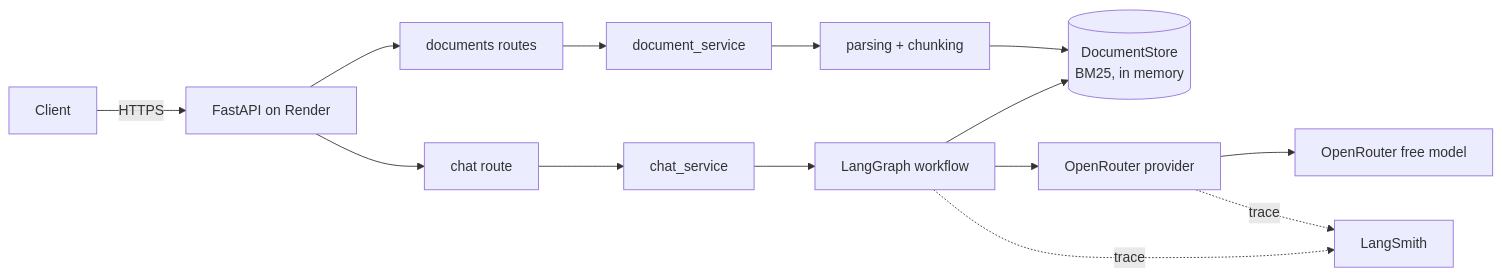
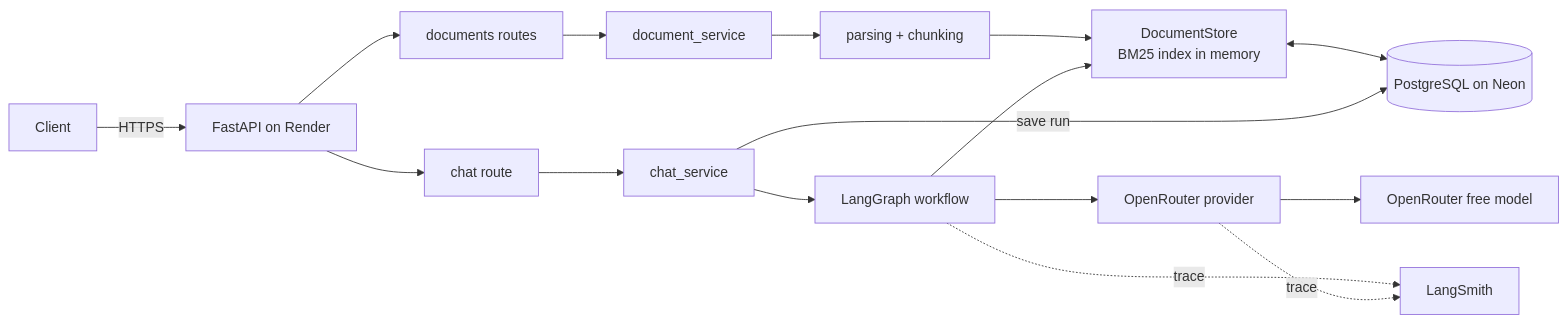
The first of 2 diagrams in docs/ARCHITECTURE.md (sanojDD/agentops), drawn with Mermaid before and after one commit. The commit also changed other lines of this file and 35 other files, not shown here.

````diff
--- a/docs/ARCHITECTURE.md
+++ b/docs/ARCHITECTURE.md
@@ -23,16 +24,18 @@
 ```mermaid
 flowchart LR
     Client -->|HTTPS| API[FastAPI on Render]
     API --> Docs[documents routes]
     API --> Chat[chat route]
     Docs --> DS[document_service]
     DS --> Parse[parsing + chunking]
-    Parse --> Store[(DocumentStore<br/>BM25, in memory)]
+    Parse --> Store[DocumentStore<br/>BM25 index in memory]
+    Store <--> PG[(PostgreSQL on Neon)]
     Chat --> CS[chat_service]
     CS --> Graph[LangGraph workflow]
+    CS -->|save run| PG
     Graph --> Store
     Graph --> Prov[OpenRouter provider]
     Prov --> OR[OpenRouter free model]
     Graph -.trace.-> LS[LangSmith]
     Prov -.trace.-> LS
 ```
````
